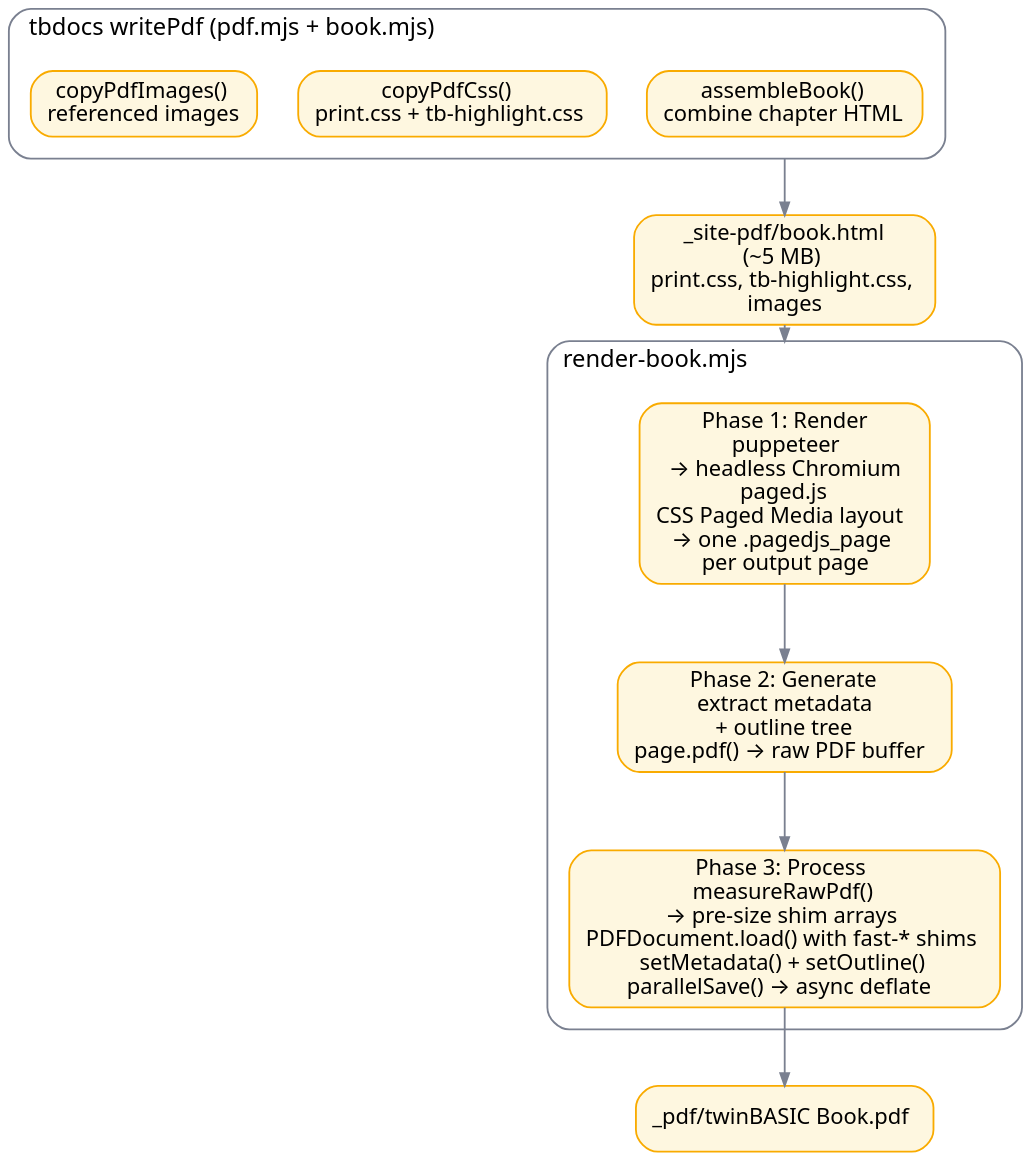
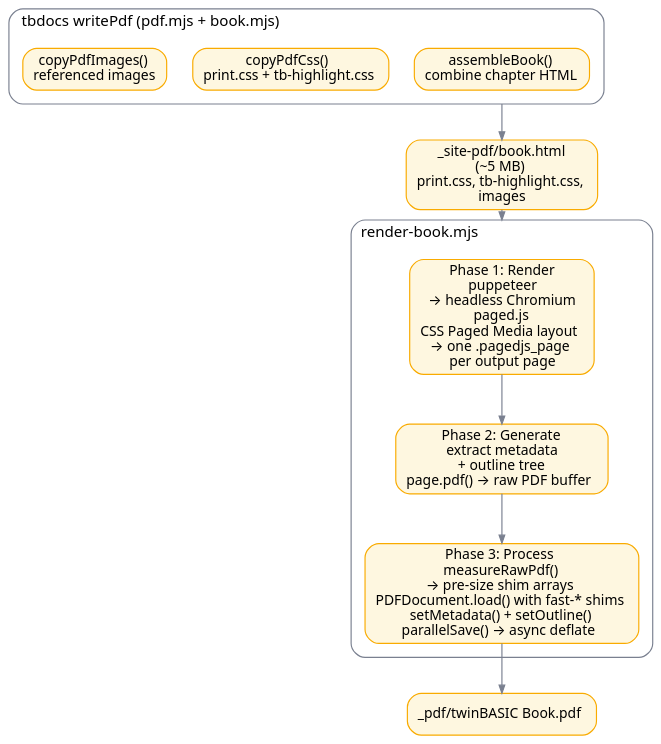
The diagram in docs/assets/images/dot/pdf-render-pipeline.dot (twinbasic/documentation), drawn with Graphviz before and after one commit. The commit also changed 9 other files, not shown here.

```diff
--- a/docs/assets/images/dot/pdf-render-pipeline.dot
+++ b/docs/assets/images/dot/pdf-render-pipeline.dot
@@ -1,55 +1,56 @@
 // PDF render pipeline: tbdocs's writePdf populates _site-pdf/, then
 // render-book.mjs drives puppeteer + paged.js + pdf-lib to produce the
 // final PDF.
 
 digraph pdf_render {
     rankdir=TB
     bgcolor="transparent"
     compound=true
     nodesep=0.3
     ranksep=0.6
     splines=true
 
     node [
         shape=box
         style="rounded,filled"
         fontname="system-ui,-apple-system,Segoe UI,sans-serif"
         fontsize=12
         margin="0.12,0.06"
         fillcolor="#fef7e0"
         color="#f9ab00"
     ]
     edge [color="#7a8090" arrowsize=0.7]
     graph [
         color="#7a8090"
         fontname="system-ui,-apple-system,Segoe UI,sans-serif"
         fontsize=13
         style="rounded"
         labeljust="l"
-        margin=12
     ]
 
     subgraph cluster_writePdf {
+        margin=12
         label="tbdocs writePdf (pdf.mjs + book.mjs)"
         ASM [label=<assembleBook()<BR/>combine chapter HTML>]
         CSS [label=<copyPdfCss()<BR/>print.css + tb-highlight.css>]
         IMG [label=<copyPdfImages()<BR/>referenced images>]
         { rank=same; ASM; CSS; IMG }
     }
 
     PDFSRC [label=<_site-pdf/book.html<BR/>(~5 MB)<BR/>print.css, tb-highlight.css,<BR/>images>]
 
     subgraph cluster_render {
+        margin=12
         label="render-book.mjs"
         R1 [label=<Phase 1: Render<BR/>puppeteer<BR/>→ headless Chromium<BR/>paged.js<BR/>CSS Paged Media layout<BR/>→ one .pagedjs_page<BR/>per output page>]
         R2 [label=<Phase 2: Generate<BR/>extract metadata<BR/>+ outline tree<BR/>page.pdf() → raw PDF buffer>]
         R3 [label=<Phase 3: Process<BR/>measureRawPdf()<BR/>→ pre-size shim arrays<BR/>PDFDocument.load() with fast-* shims<BR/>setMetadata() + setOutline()<BR/>parallelSave() → async deflate>]
         R1 -> R2 -> R3
     }
 
     PDF [label=<_pdf/twinBASIC Book.pdf>]
 
     ASM    -> PDFSRC [ltail=cluster_writePdf]
     PDFSRC -> R1     [lhead=cluster_render]
     R3     -> PDF
 }
```
